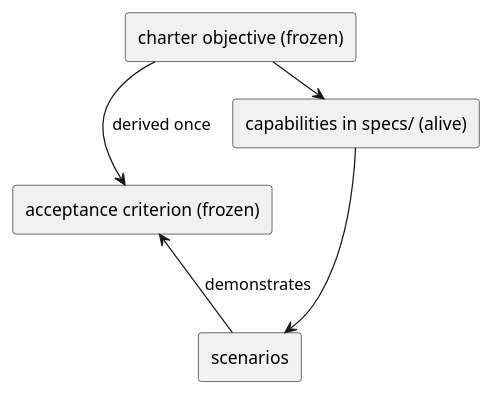
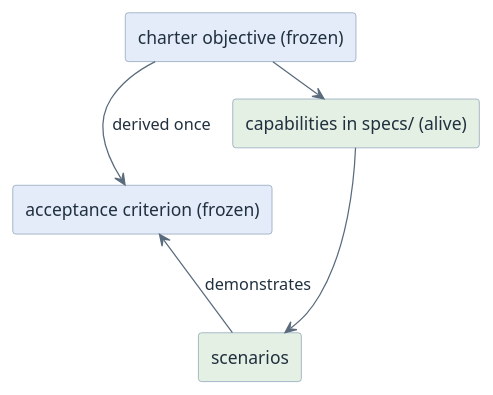
Before and after one commit to htl-leonding-college/curriculum-syp3: the diagram in modules/governance-acceptance/questions.adoc, drawn with PlantUML. The commit also changed 65 other files, not shown here.

First line of the commit message:
feat(site): give the diagrams a semantic pastel palette

```diff
--- a/modules/governance-acceptance/questions.adoc
+++ b/modules/governance-acceptance/questions.adoc
@@ -57,15 +57,18 @@
 [plantuml,q-acceptance-chain,svg]
 ----
 @startuml
-skinparam monochrome true
+<style>
+element { BackgroundColor #EDF3FA; LineColor #7C93AD; FontColor #21303F }
+arrow { LineColor #5A6B7D; FontColor #21303F }
+</style>
 skinparam shadowing false
-rectangle "charter objective (frozen)" as O
-rectangle "acceptance criterion (frozen)" as A
-rectangle "capabilities in specs/ (alive)" as C
-rectangle "scenarios" as S
+rectangle "charter objective (frozen)" as O #E3ECF8
+rectangle "acceptance criterion (frozen)" as A #E3ECF8
+rectangle "capabilities in specs/ (alive)" as C #E4F0E4
+rectangle "scenarios" as S #E4F0E4
 O -down-> A : derived once
 O -right-> C : answered by
 C -down-> S
 S -up-> A : demonstrates
 @enduml
 ----
```
